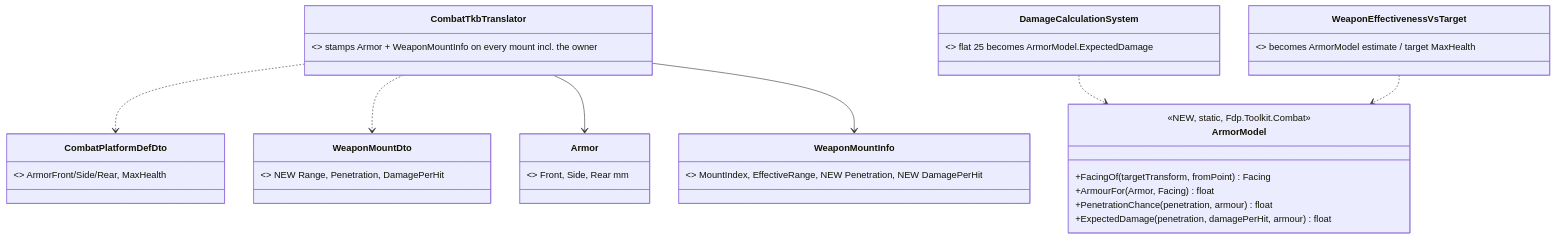
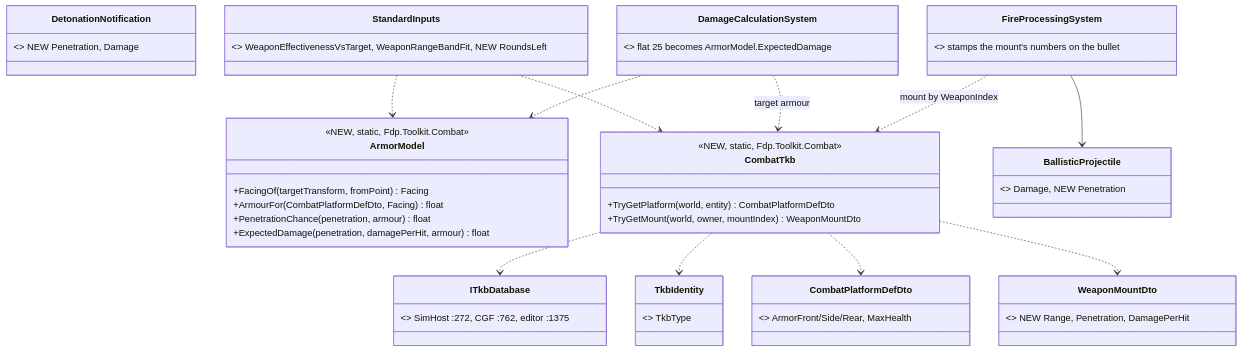
One commit to pjanec/HROT changed the fifth of 8 diagrams in docs/DESIGN_Utility_AI_Demo_Scenarios.md. Above: the diagram before and after it, drawn with Mermaid. The commit also changed other lines of this file and 2 other files, not shown here.

First line of the commit message:
docs(CE-3071): A1–A4 approved (R-212) — A3 revised to read the TKB; §9 UML to the build design

````diff
--- a/docs/DESIGN_Utility_AI_Demo_Scenarios.md
+++ b/docs/DESIGN_Utility_AI_Demo_Scenarios.md
@@ -279,23 +279,34 @@
 ```mermaid
 classDiagram
   class ArmorModel {
     <<NEW, static, Fdp.Toolkit.Combat>>
     +FacingOf(targetTransform, fromPoint) Facing
-    +ArmourFor(Armor, Facing) float
+    +ArmourFor(CombatPlatformDefDto, Facing) float
     +PenetrationChance(penetration, armour) float
     +ExpectedDamage(penetration, damagePerHit, armour) float
   }
-  class Armor { <<NEW component, stamped from the TKB>> Front, Side, Rear mm }
-  class WeaponMountInfo { <<existing, registered by G7>> MountIndex, EffectiveRange, NEW Penetration, NEW DamagePerHit }
+  class CombatTkb {
+    <<NEW, static, Fdp.Toolkit.Combat>>
+    +TryGetPlatform(world, entity) CombatPlatformDefDto
+    +TryGetMount(world, owner, mountIndex) WeaponMountDto
+  }
+  class ITkbDatabase { <<existing world singleton>> SimHost :272, CGF :762, editor :1375 }
+  class TkbIdentity { <<existing component>> TkbType }
   class CombatPlatformDefDto { <<existing TKB>> ArmorFront/Side/Rear, MaxHealth }
   class WeaponMountDto { <<existing TKB>> NEW Range, Penetration, DamagePerHit }
-  class CombatTkbTranslator { <<existing>> stamps Armor + WeaponMountInfo on every mount incl. the owner }
+  class BallisticProjectile { <<existing>> Damage, NEW Penetration }
+  class DetonationNotification { <<existing local event>> NEW Penetration, Damage }
+  class FireProcessingSystem { <<existing, SimHost>> stamps the mount's numbers on the bullet }
   class DamageCalculationSystem { <<existing, SimHost>> flat 25 becomes ArmorModel.ExpectedDamage }
-  class WeaponEffectivenessVsTarget { <<existing reader, CGF>> becomes ArmorModel estimate / target MaxHealth }
-  CombatTkbTranslator ..> CombatPlatformDefDto
-  CombatTkbTranslator ..> WeaponMountDto
-  CombatTkbTranslator --> Armor
-  CombatTkbTranslator --> WeaponMountInfo
+  class StandardInputs { <<existing, CGF>> WeaponEffectivenessVsTarget, WeaponRangeBandFit, NEW RoundsLeft }
+  CombatTkb ..> ITkbDatabase
+  CombatTkb ..> TkbIdentity
+  CombatTkb ..> CombatPlatformDefDto
+  CombatTkb ..> WeaponMountDto
+  FireProcessingSystem ..> CombatTkb : mount by WeaponIndex
+  FireProcessingSystem --> BallisticProjectile
+  DamageCalculationSystem ..> CombatTkb : target armour
   DamageCalculationSystem ..> ArmorModel
-  WeaponEffectivenessVsTarget ..> ArmorModel
+  StandardInputs ..> CombatTkb
+  StandardInputs ..> ArmorModel
 ```
````
